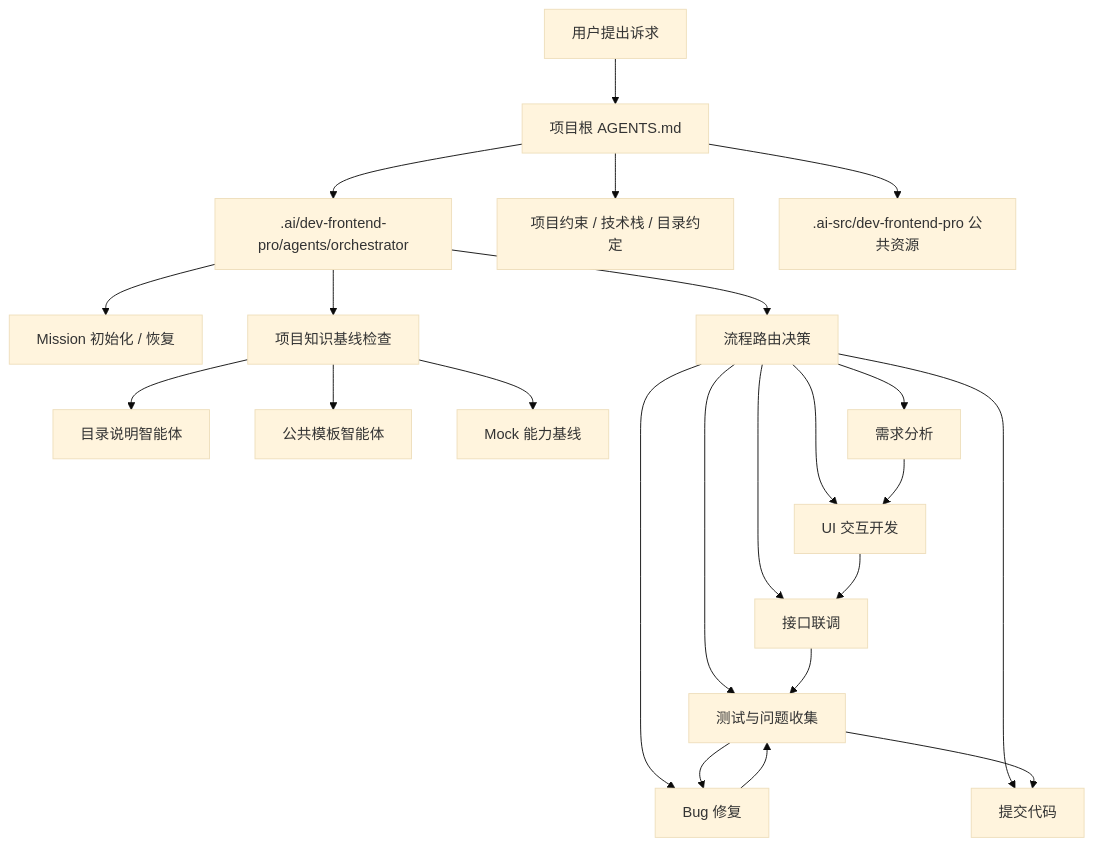
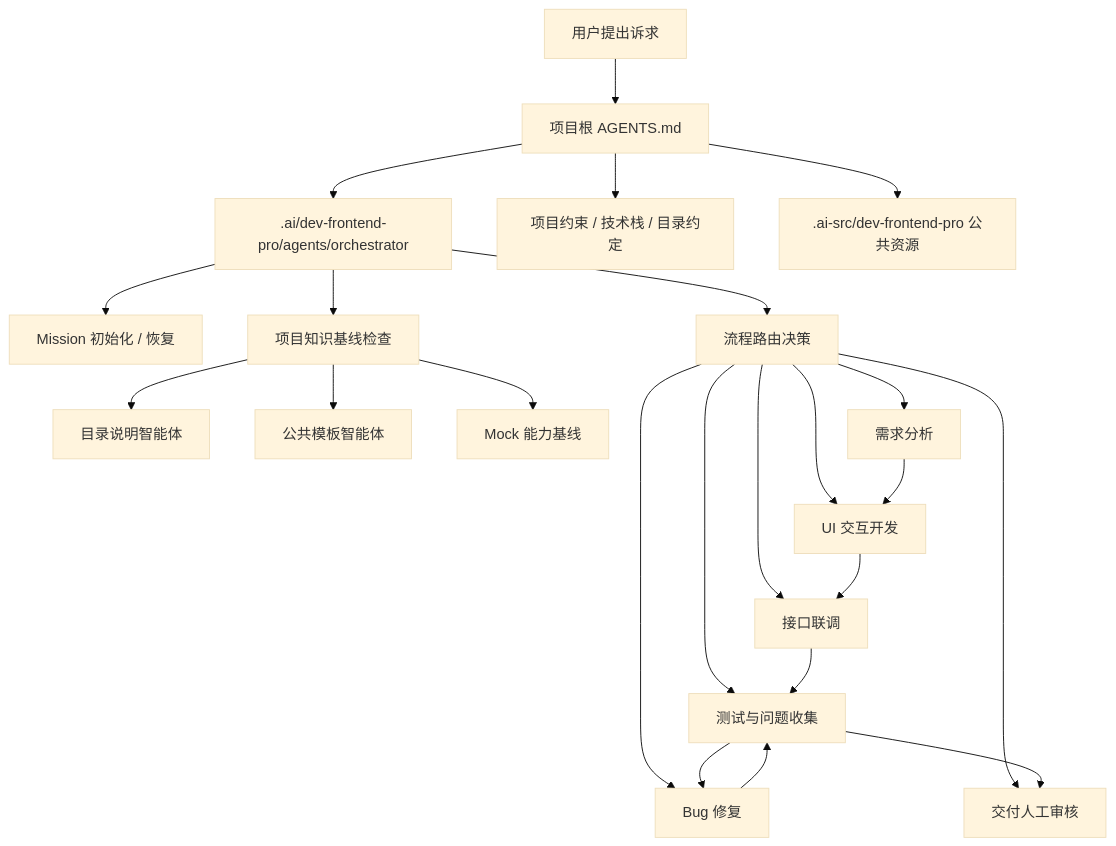
Before and after one commit to Gil2015/my-agents: the first of 7 diagrams in plan.md, drawn with Mermaid (base theme). The commit also changed other lines of this file, not shown here.

````diff
--- a/plan.md
+++ b/plan.md
@@ -88,30 +116,30 @@
 ```mermaid
 flowchart TD
     U[用户提出诉求] --> Root[项目根 AGENTS.md]
 
     Root --> O[.ai/dev-frontend-pro/agents/orchestrator]
     Root --> ProjectRules[项目约束 / 技术栈 / 目录约定]
     Root --> Src[.ai-src/dev-frontend-pro 公共资源]
 
     O --> Mission[Mission 初始化 / 恢复]
     O --> KnowledgeCheck[项目知识基线检查]
     O --> Route[流程路由决策]
 
     KnowledgeCheck --> KnowledgeBuilder[目录说明智能体]
     KnowledgeCheck --> TemplateBuilder[公共模板智能体]
     KnowledgeCheck --> MockBase[Mock 能力基线]
 
     Route --> Req[需求分析]
     Route --> UI[UI 交互开发]
     Route --> API[接口联调]
     Route --> Test[测试与问题收集]
     Route --> Fix[Bug 修复]
-    Route --> Commit[提交代码]
+    Route --> Review[交付人工审核]
 
     Req --> UI
     UI --> API
     API --> Test
     Test --> Fix
     Fix --> Test
-    Test --> Commit
+    Test --> Review
 ```
````
